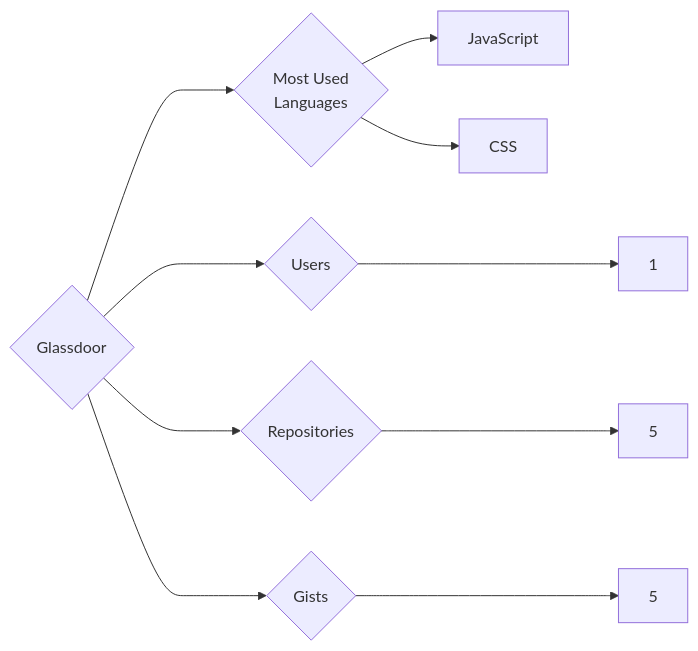
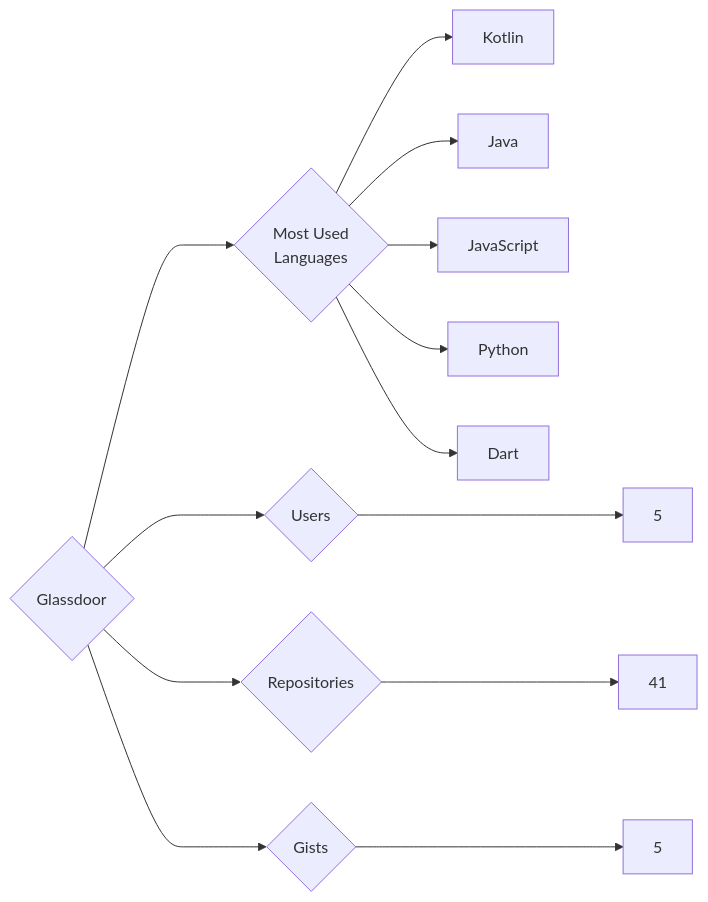
Before and after one commit to trickest/insiders: the diagram in targets/Glassdoor/README.md, drawn with Mermaid. The commit also changed 633 other files, not shown here.

````diff
--- a/targets/Glassdoor/README.md
+++ b/targets/Glassdoor/README.md
@@ -3,10 +3,13 @@
 ```mermaid
 graph LR
 COMPANY_NAME{Glassdoor}
-COMPANY_NAME ---> U{Users} ---> UN[1]
-COMPANY_NAME ---> R{Repositories} ---> RN[5]
+COMPANY_NAME ---> U{Users} ---> UN[5]
+COMPANY_NAME ---> R{Repositories} ---> RN[41]
 COMPANY_NAME ---> G{Gists} ---> GN[5]
 COMPANY_NAME ---> ML{Most Used<br>Languages}
+ML --> Kotlin[Kotlin]
+ML --> Java[Java]
 ML --> JavaScript[JavaScript]
-ML --> CSS[CSS]
+ML --> Python[Python]
+ML --> Dart[Dart]
 ```
````
